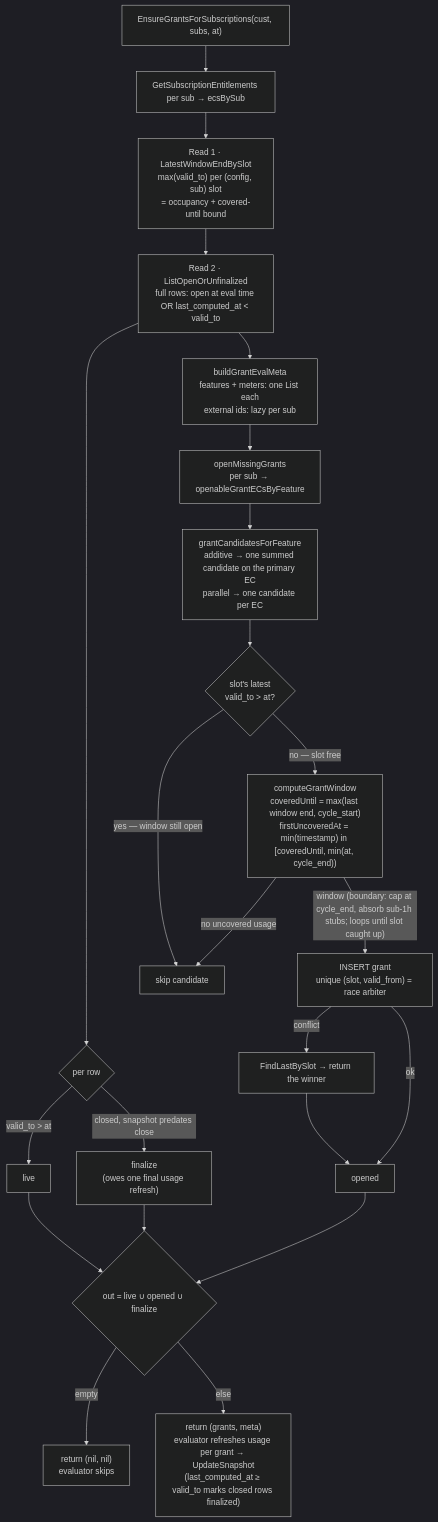
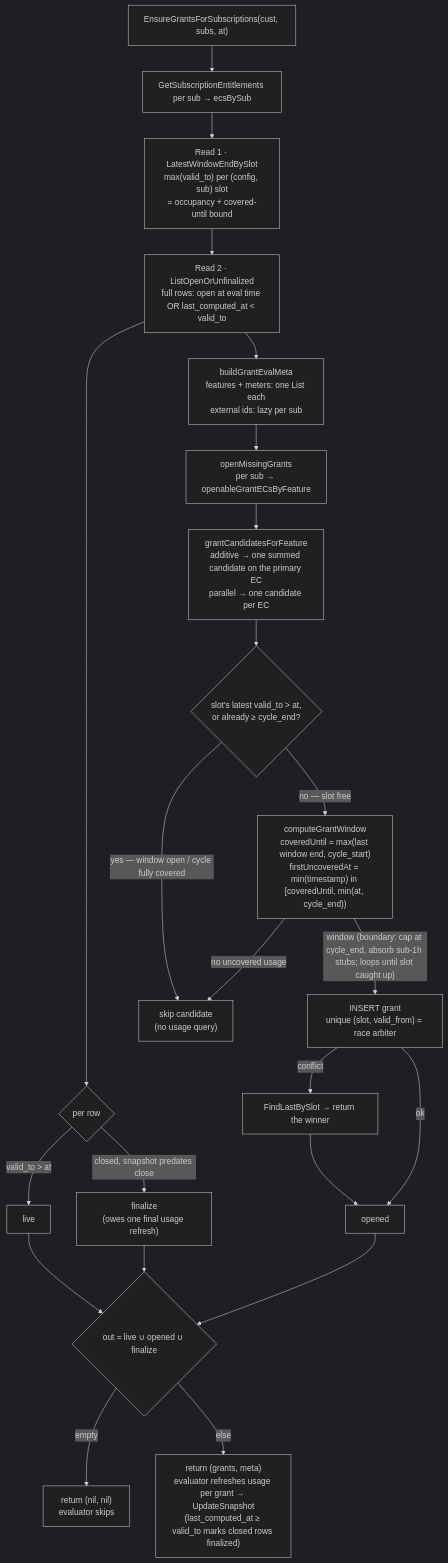
The third of 3 diagrams in docs/design/2026-07-08-FLE-959-Entitlements-Revamp.md (subratsahilgupta/flexprice), drawn with Mermaid (dark theme) before and after one commit. The commit also changed other lines of this file and 1 other file, not shown here.

Commit message:
clip new grants to cycle end

````diff
--- a/docs/design/2026-07-08-FLE-959-Entitlements-Revamp.md
+++ b/docs/design/2026-07-08-FLE-959-Entitlements-Revamp.md
@@ -212,30 +212,30 @@
 ```mermaid
 flowchart TD
     Start["EnsureGrantsForSubscriptions(cust, subs, at)"] --> ECs["GetSubscriptionEntitlements per sub → ecsBySub"]
 
     ECs --> R1["Read 1 · LatestWindowEndBySlot<br/>max(valid_to) per (config, sub) slot<br/>= occupancy + covered-until bound"]
     R1 --> R2["Read 2 · ListOpenOrUnfinalized<br/>full rows: open at eval time OR last_computed_at &lt; valid_to"]
 
     R2 --> Split{"per row"}
     Split -->|"valid_to &gt; at"| Live["live"]
     Split -->|"closed, snapshot predates close"| Fin["finalize<br/>(owes one final usage refresh)"]
 
     R2 --> Meta["buildGrantEvalMeta<br/>features + meters: one List each<br/>external ids: lazy per sub"]
 
     Meta --> Open["openMissingGrants<br/>per sub → openableGrantECsByFeature"]
     Open --> Cand["grantCandidatesForFeature<br/>additive → one summed candidate on the primary EC<br/>parallel → one candidate per EC"]
-    Cand --> Occ{"slot's latest<br/>valid_to &gt; at?"}
-    Occ -->|"yes — window still open"| Skip["skip candidate"]
+    Cand --> Occ{"slot's latest valid_to &gt; at,<br/>or already &ge; cycle_end?"}
+    Occ -->|"yes — window open / cycle fully covered"| Skip["skip candidate<br/>(no usage query)"]
     Occ -->|"no — slot free"| Win["computeGrantWindow<br/>coveredUntil = max(last window end, cycle_start)<br/>firstUncoveredAt = min(timestamp) in [coveredUntil, min(at, cycle_end))"]
     Win -->|"no uncovered usage"| Skip
     Win -->|"window (boundary: cap at cycle_end, absorb sub-1h stubs; loops until slot caught up)"| Ins["INSERT grant<br/>unique (slot, valid_from) = race arbiter"]
     Ins -->|"conflict"| ReRead["FindLastBySlot → return the winner"]
     Ins -->|"ok"| Opened["opened"]
     ReRead --> Opened
 
     Live --> Out{"out = live ∪ opened ∪ finalize"}
     Opened --> Out
     Fin --> Out
     Out -->|"empty"| Nil["return (nil, nil)<br/>evaluator skips"]
     Out -->|"else"| Ret["return (grants, meta)<br/>evaluator refreshes usage per grant → UpdateSnapshot<br/>(last_computed_at ≥ valid_to marks closed rows finalized)"]
 ```
````
